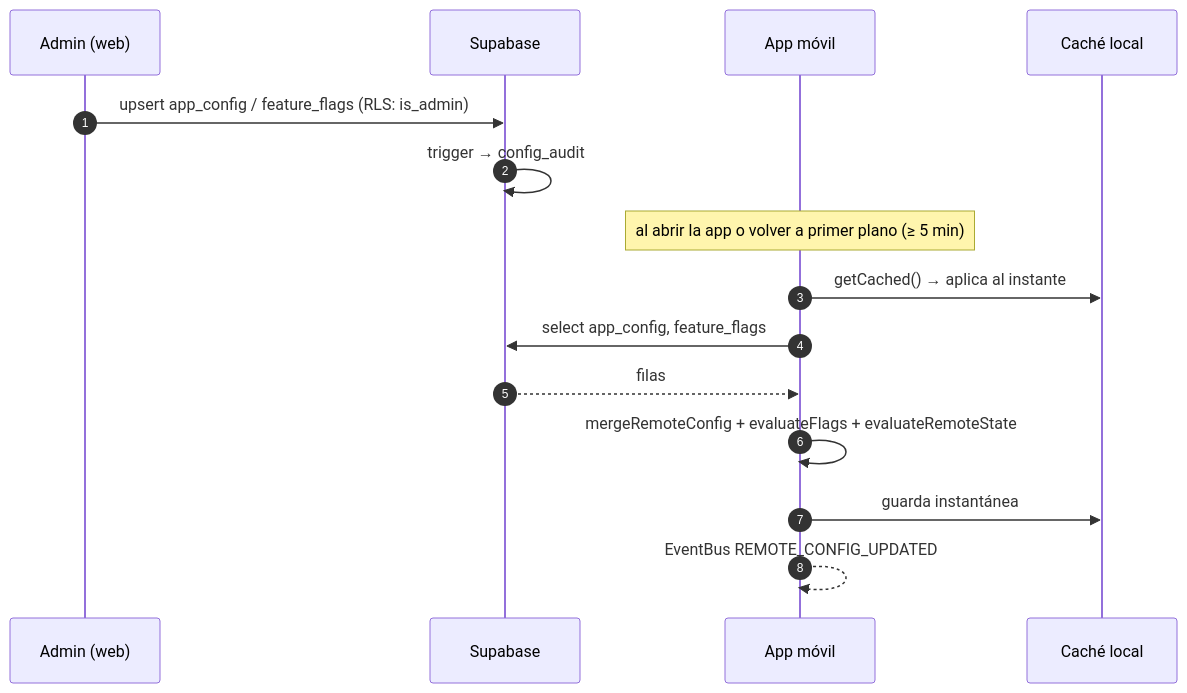
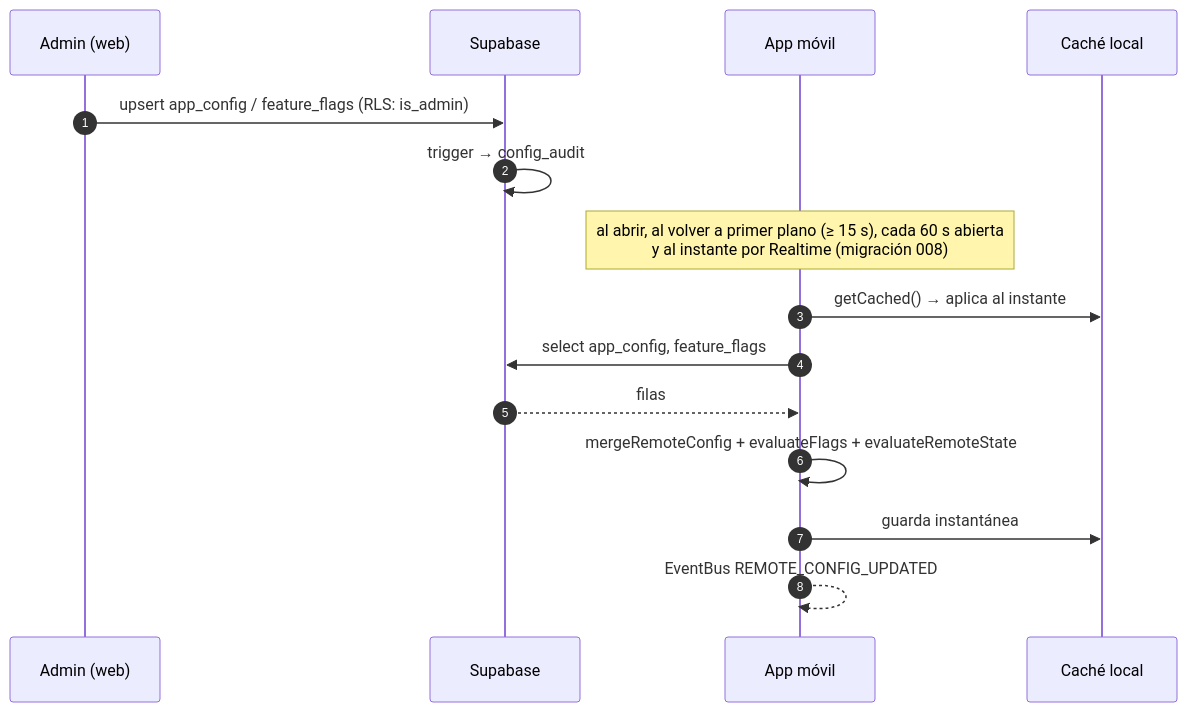
Before and after one commit to BenjajaDev/oratioLingoRN: the diagram in docs/08-configuracion-remota.md, drawn with Mermaid. The commit also changed other lines of this file and 3 other files, not shown here.

````diff
--- a/docs/08-configuracion-remota.md
+++ b/docs/08-configuracion-remota.md
@@ -7,18 +7,18 @@
 ```mermaid
 sequenceDiagram
   autonumber
   participant ADM as Admin (web)
   participant DB as Supabase
   participant APP as App móvil
   participant C as Caché local
 
   ADM->>DB: upsert app_config / feature_flags (RLS: is_admin)
   DB->>DB: trigger → config_audit
-  Note over APP: al abrir la app o volver a primer plano (≥ 5 min)
+  Note over APP: al abrir, al volver a primer plano (≥ 15 s), cada 60 s abierta<br/>y al instante por Realtime (migración 008)
   APP->>C: getCached() → aplica al instante
   APP->>DB: select app_config, feature_flags
   DB-->>APP: filas
   APP->>APP: mergeRemoteConfig + evaluateFlags + evaluateRemoteState
   APP->>C: guarda instantánea
   APP-->>APP: EventBus REMOTE_CONFIG_UPDATED
 ```
````
